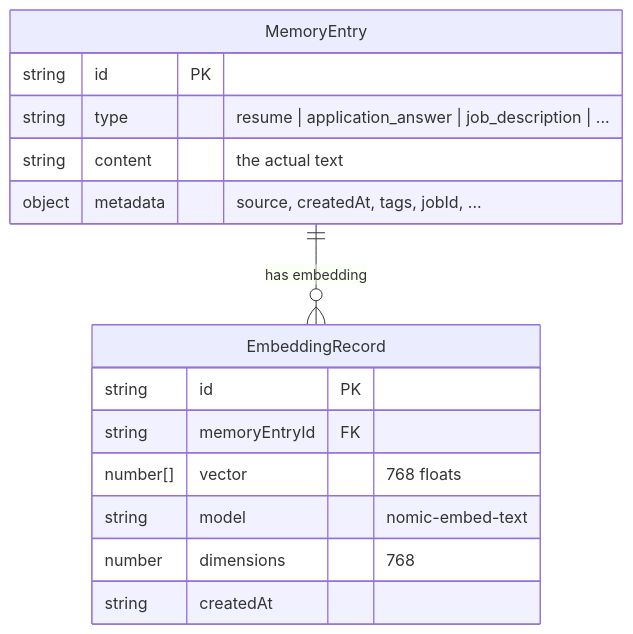
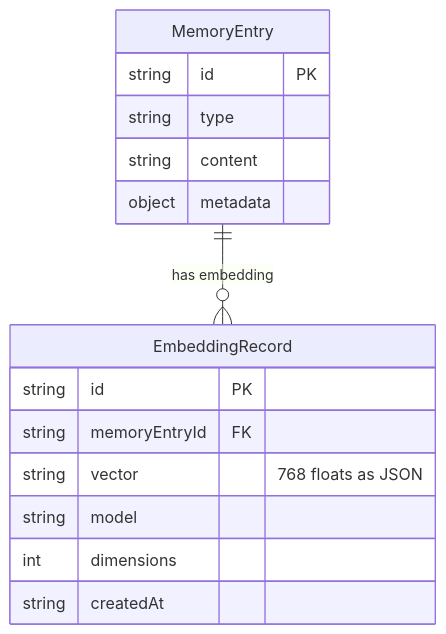
One commit to mohd98zaid/-LocalApply-bot changed the ninth of 17 diagrams in ARCHITECTURE.md. Above: the diagram before and after it, drawn with Mermaid. The commit also changed other lines of this file, not shown here.

First line of the commit message:
fix: Mermaid diagram syntax issues in ARCHITECTURE.md

````diff
--- a/ARCHITECTURE.md
+++ b/ARCHITECTURE.md
@@ -300,20 +297,20 @@
 ```mermaid
 erDiagram
     MemoryEntry {
         string id PK
-        string type "resume | application_answer | job_description | ..."
-        string content "the actual text"
-        object metadata "source, createdAt, tags, jobId, ..."
+        string type
+        string content
+        object metadata
     }
 
     EmbeddingRecord {
         string id PK
         string memoryEntryId FK
-        number[] vector "768 floats"
-        string model "nomic-embed-text"
-        number dimensions "768"
+        string vector "768 floats as JSON"
+        string model
+        int dimensions
         string createdAt
     }
 
     MemoryEntry ||--o{ EmbeddingRecord : "has embedding"
 ```
````
